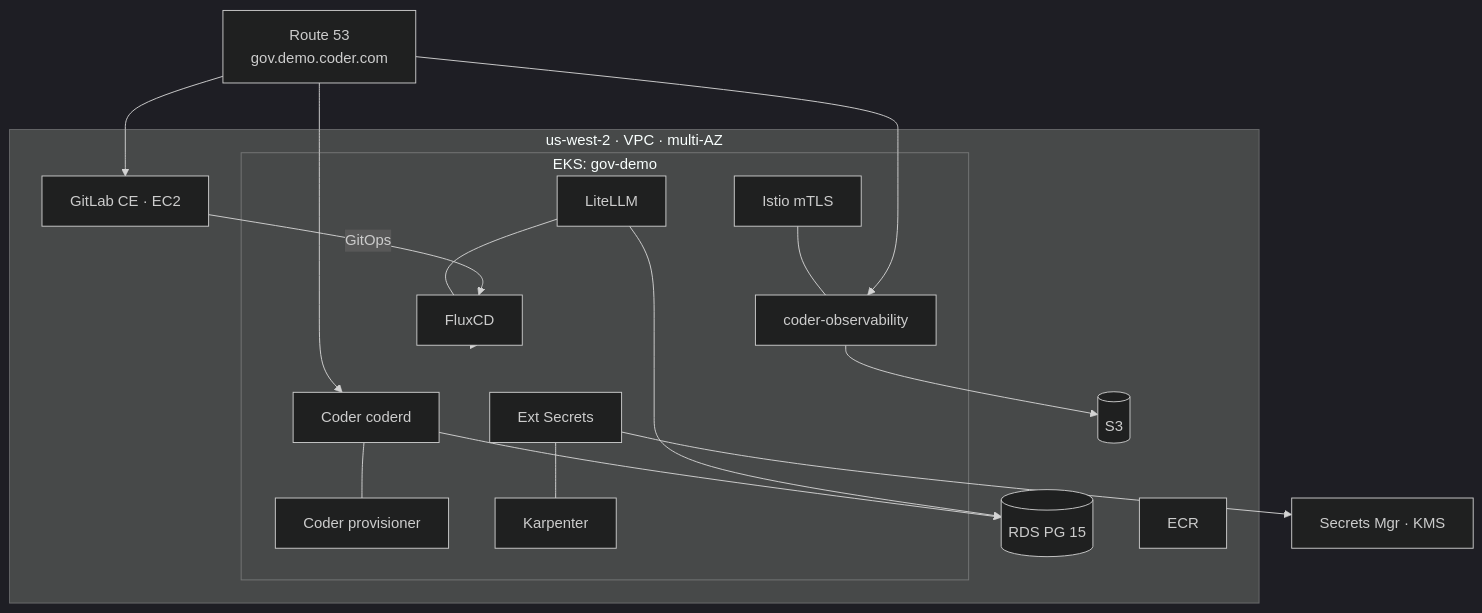
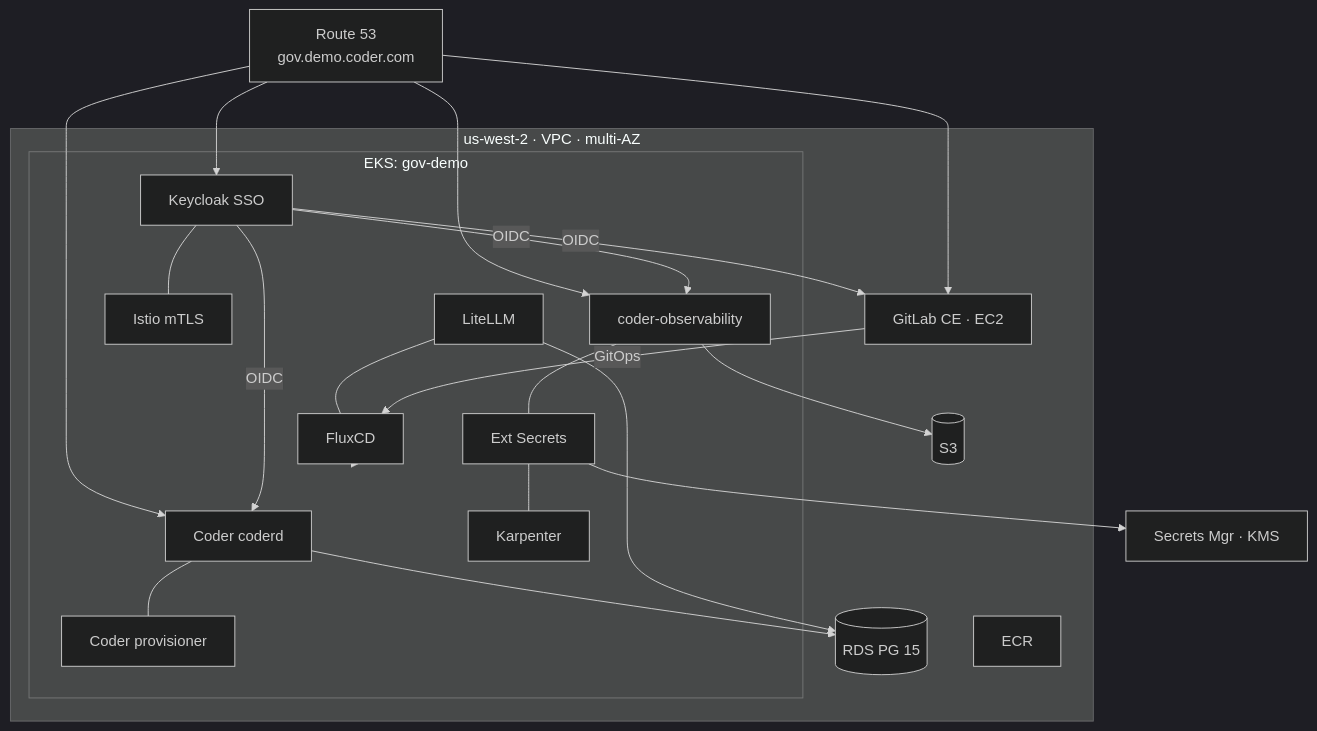
One commit to coder/usgov-deploy-aws changed the first of 2 diagrams in README.md. Above: the diagram before and after it, drawn with Mermaid (dark theme). The commit also changed other lines of this file and 1 other file, not shown here.

Commit message:
feat: add Keycloak as central SSO (KC-001–008)
Keycloak replaces GitLab-as-IdP for all services:
- KC-001–008: Bitnami Helm chart, shared RDS, sso.gov.demo.coder.com
- OIDC clients: Coder, GitLab CE, Grafana
- Local users (no LDAP/AD for demo)
- Optional MFA (TOTP) and X.509/PIV/CAC simulation
- keycloak namespace enrolled in Istio mesh (mTLS)
- MESH-003 updated to include keycloak namespace

Auth flow: User → Keycloak SSO → OIDC redirect → Coder/GitLab/Grafana
GitLab no longer exposes username/password on public internet

Sections renumbered: Istio → 6.13, Security → 6.14, Bootstrap → 6.15

````diff
--- a/README.md
+++ b/README.md
@@ -36,25 +37,27 @@
 ```mermaid
 graph TB
     DNS["Route 53<br/>gov.demo.coder.com"]
 
     subgraph VPC["us-west-2 · VPC · multi-AZ"]
         subgraph EKS["EKS: gov-demo"]
             C[Coder coderd] --- P[Coder provisioner]
             L[LiteLLM] --- F[FluxCD]
-            I[Istio mTLS] --- O[coder-observability]
+            KC[Keycloak SSO] --- I[Istio mTLS]
+            O[coder-observability] --- ESO[Ext Secrets]
             ESO[Ext Secrets] --- K[Karpenter]
         end
         GL[GitLab CE · EC2]
         RDS[(RDS PG 15)]
         ECR[ECR]
         S3[(S3)]
     end
 
     AWS[Secrets Mgr · KMS]
 
-    DNS --> C & GL & O
+    DNS --> C & GL & O & KC
+    KC -- OIDC --> C & GL & O
     GL -- GitOps --> F --> EKS
     C & L --> RDS
     ESO --> AWS
     O --> S3
 ```
````
